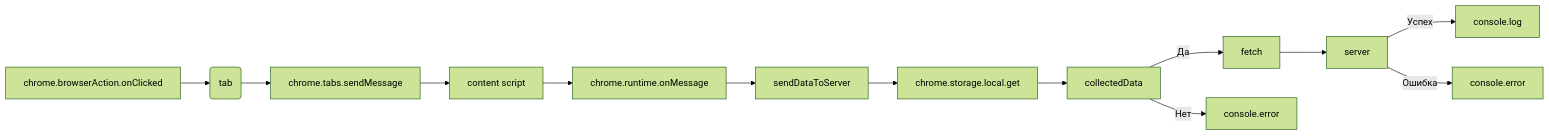
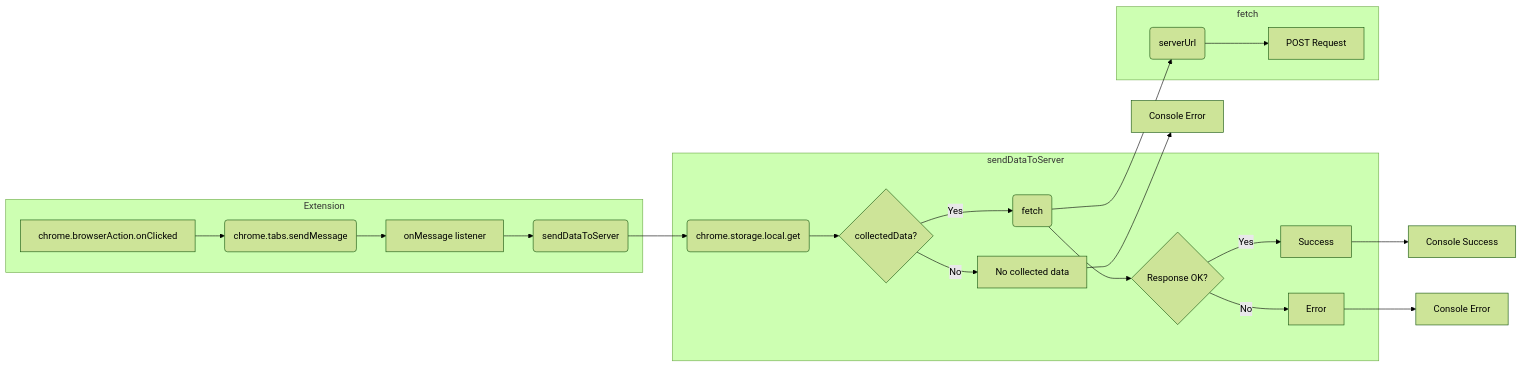
One commit to hypo69/hypo changed the second of 2 diagrams in docs/gemini/ru/explainer/src/webdriver/chrome/extentions/test_extention/background.md. Above: the diagram before and after it, drawn with Mermaid (forest theme). The commit also changed other lines of this file and 311 other files, not shown here.

````diff
--- a/docs/gemini/ru/explainer/src/webdriver/chrome/extentions/test_extention/background.md
+++ b/docs/gemini/ru/explainer/src/webdriver/chrome/extentions/test_extention/background.md
@@ -87,15 +88,25 @@
 ```mermaid
 graph LR
-    A[chrome.browserAction.onClicked] --> B(tab);
-    B --> C[chrome.tabs.sendMessage];
-    C --> D[content script];
-    D --> E[chrome.runtime.onMessage];
-    E --> F[sendDataToServer];
-    F --> G[chrome.storage.local.get];
-    G --> H[collectedData];
-    H -- Да --> I[fetch];
-    I --> J[server];
-    J --Успех --> K[console.log];
-    J --Ошибка --> L[console.error];
-    H --Нет --> M[console.error];
+    subgraph Extension
+        A[chrome.browserAction.onClicked] --> B(chrome.tabs.sendMessage);
+        B --> C[onMessage listener];
+        C --> D(sendDataToServer);
+    end
+    subgraph sendDataToServer
+        D --> E(chrome.storage.local.get);
+        E --> F{collectedData?};
+        F -- Yes --> G(fetch);
+        F -- No --> H[No collected data];
+        G --> I{Response OK?};
+        I -- Yes --> J[Success];
+        I -- No --> K[Error];
+    end
+    subgraph fetch
+        G --> L(serverUrl);
+        L --> M[POST Request];
+    end
+    
+    H --> N[Console Error];
+    J --> O[Console Success];
+    K --> P[Console Error];
 ```
````
